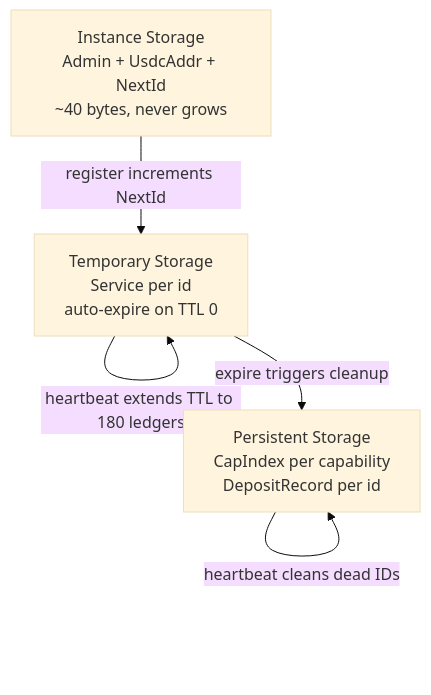
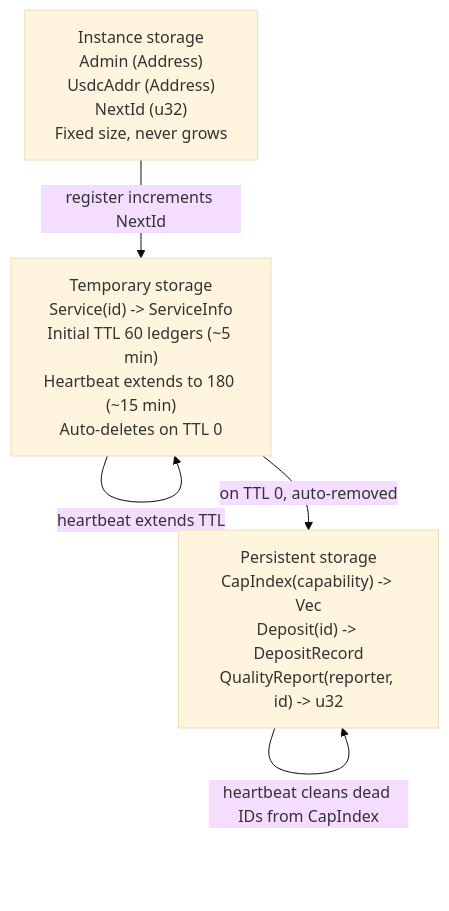
The sixth of 8 diagrams in ARCHITECTURE.md (Andy00L/x402-autopilot), drawn with Mermaid (base theme) before and after one commit. The commit also changed other lines of this file and 90 other files, not shown here.

````diff
--- a/ARCHITECTURE.md
+++ b/ARCHITECTURE.md
@@ -223,11 +259,11 @@
 ```mermaid
 flowchart TD
-    I["Instance Storage<br/>Admin + UsdcAddr + NextId<br/>~40 bytes, never grows"]
-    T["Temporary Storage<br/>Service per id<br/>auto-expire on TTL 0"]
-    P["Persistent Storage<br/>CapIndex per capability<br/>DepositRecord per id"]
+    I["Instance storage<br/>Admin (Address)<br/>UsdcAddr (Address)<br/>NextId (u32)<br/>Fixed size, never grows"]
+    T["Temporary storage<br/>Service(id) -> ServiceInfo<br/>Initial TTL 60 ledgers (~5 min)<br/>Heartbeat extends to 180 (~15 min)<br/>Auto-deletes on TTL 0"]
+    P["Persistent storage<br/>CapIndex(capability) -> Vec<u32><br/>Deposit(id) -> DepositRecord<br/>QualityReport(reporter, id) -> u32"]
 
     I -->|"register increments NextId"| T
-    T -->|"heartbeat extends TTL to 180 ledgers"| T
-    T -->|"expire triggers cleanup"| P
-    P -->|"heartbeat cleans dead IDs"| P
+    T -->|"heartbeat extends TTL"| T
+    T -->|"on TTL 0, auto-removed"| P
+    P -->|"heartbeat cleans dead IDs from CapIndex"| P
 ```
````
